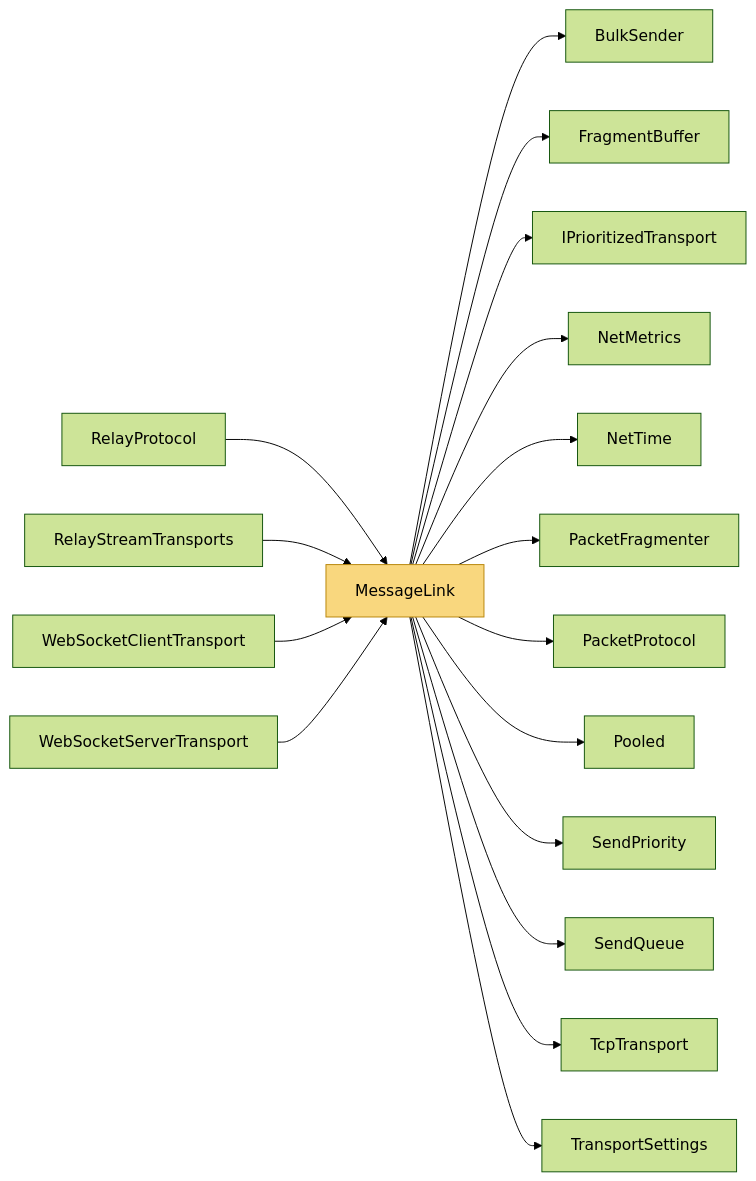
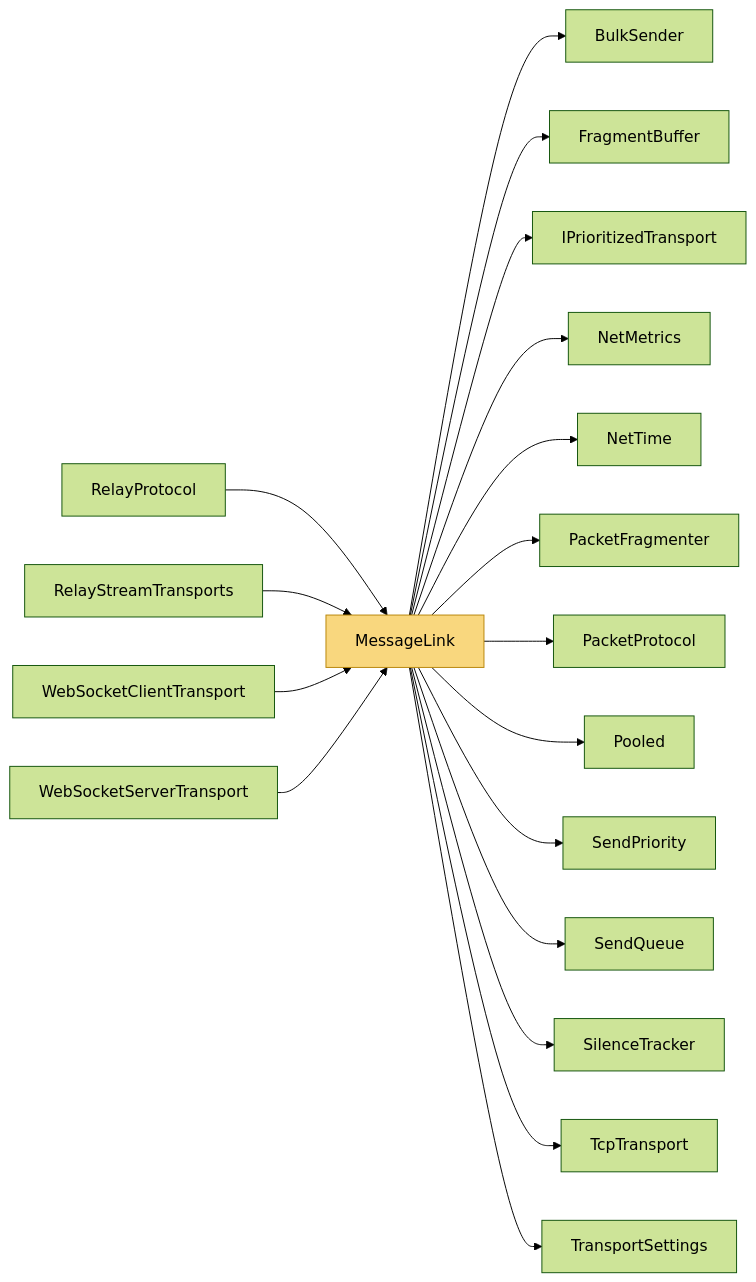
Before and after one commit to VladislavKresov/NetSync: the diagram in docs/Code/Transports/MessageLink.md, drawn with Mermaid (forest theme). The commit also changed other lines of this file and 56 other files, not shown here.

Commit message:
Docs: limitations and roadmap after rc.6 work; regenerated code reference

````diff
--- a/docs/Code/Transports/MessageLink.md
+++ b/docs/Code/Transports/MessageLink.md
@@ -65,21 +65,22 @@
 ```mermaid
 flowchart LR
   m_MessageLink["MessageLink"]:::self
   m_MessageLink --> m_BulkSender["BulkSender"]
   m_MessageLink --> m_FragmentBuffer["FragmentBuffer"]
   m_MessageLink --> m_IPrioritizedTransport["IPrioritizedTransport"]
   m_MessageLink --> m_NetMetrics["NetMetrics"]
   m_MessageLink --> m_NetTime["NetTime"]
   m_MessageLink --> m_PacketFragmenter["PacketFragmenter"]
   m_MessageLink --> m_PacketProtocol["PacketProtocol"]
   m_MessageLink --> m_Pooled["Pooled"]
   m_MessageLink --> m_SendPriority["SendPriority"]
   m_MessageLink --> m_SendQueue["SendQueue"]
+  m_MessageLink --> m_SilenceTracker["SilenceTracker"]
   m_MessageLink --> m_TcpTransport["TcpTransport"]
   m_MessageLink --> m_TransportSettings["TransportSettings"]
   m_RelayProtocol["RelayProtocol"] --> m_MessageLink
   m_RelayStreamTransports["RelayStreamTransports"] --> m_MessageLink
   m_WebSocketClientTransport["WebSocketClientTransport"] --> m_MessageLink
   m_WebSocketServerTransport["WebSocketServerTransport"] --> m_MessageLink
   classDef self fill:#f9d77e,stroke:#b8860b,color:#000
 ```
````
